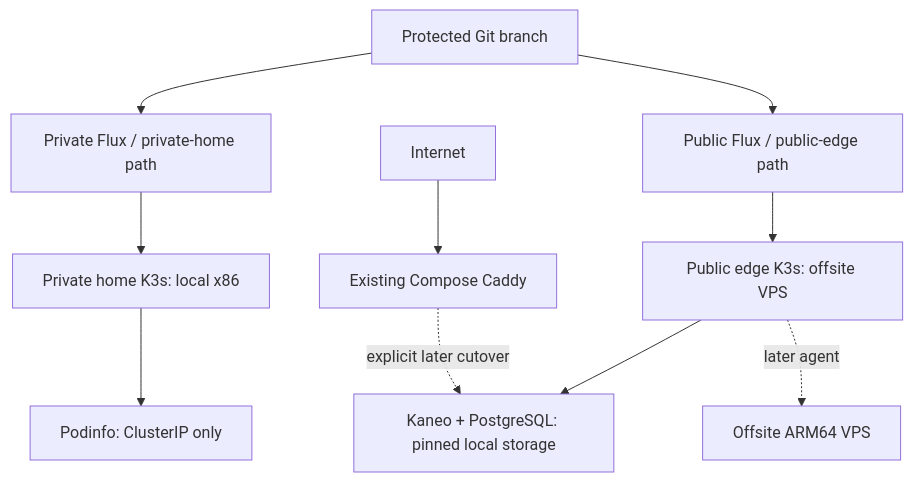
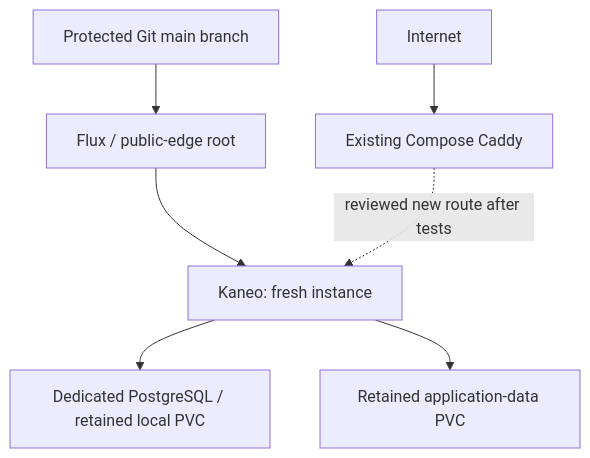
One commit to salehihassen/homelab-infra changed the diagram in docs/kubernetes/architecture.md. Above: the diagram before and after it, drawn with Mermaid. The commit also changed other lines of this file and 23 other files, not shown here.

Commit message:
Scope initial K3s pilot to new public Kaneo instance

````diff
--- a/docs/kubernetes/architecture.md
+++ b/docs/kubernetes/architecture.md
@@ -20,12 +22,9 @@
 ```mermaid
 flowchart TD
-  Git[Protected Git branch] --> FP[Private Flux / private-home path]
-  Git --> FE[Public Flux / public-edge path]
-  FP --> P[Private home K3s: local x86]
-  FE --> E[Public edge K3s: offsite VPS]
-  P --> PI[Podinfo: ClusterIP only]
-  E --> K[Kaneo + PostgreSQL: pinned local storage]
-  E -. later agent .-> ARM[Offsite ARM64 VPS]
+  Git[Protected Git main branch] --> Flux[Flux / public-edge root]
+  Flux --> K[Kaneo: fresh instance]
+  K --> DB[Dedicated PostgreSQL / retained local PVC]
+  K --> Data[Retained application-data PVC]
   Internet --> C[Existing Compose Caddy]
-  C -. explicit later cutover .-> K
+  C -. reviewed new route after tests .-> K
 ```
````
